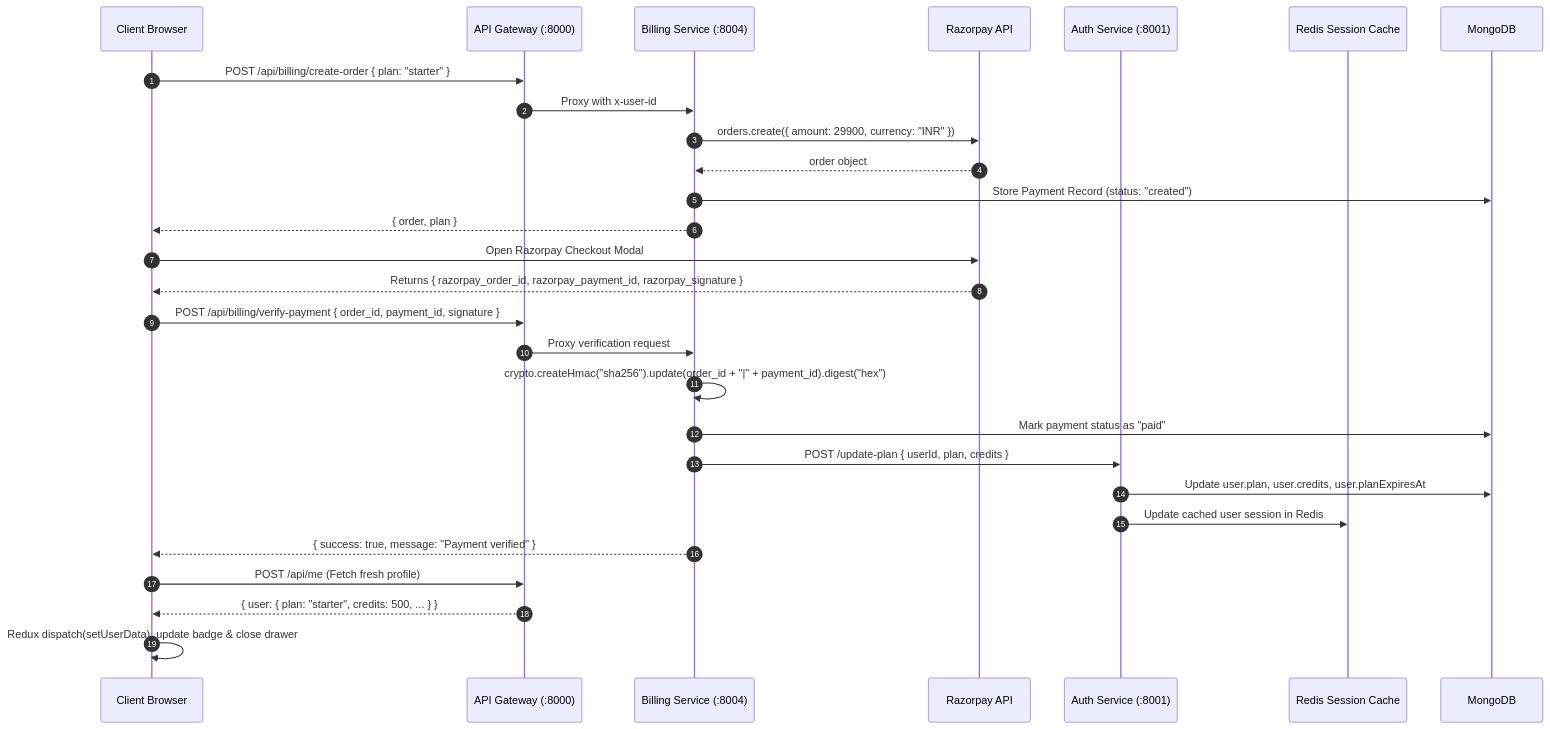
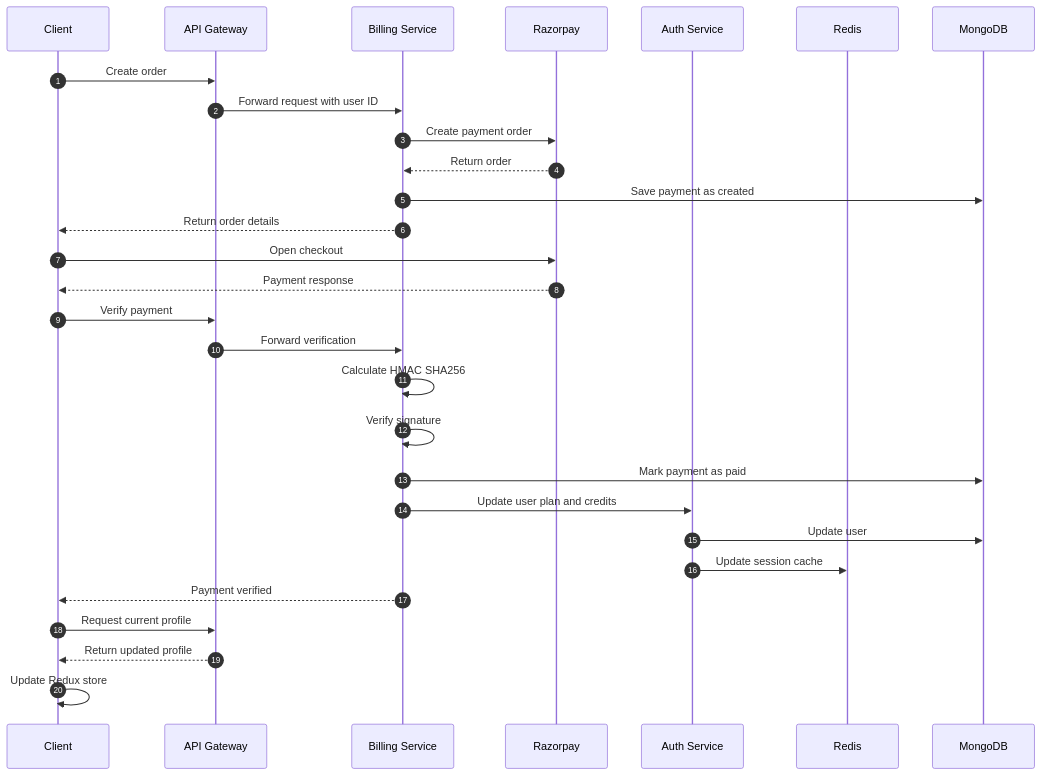
One commit to gauravgautam2003/alpha-AI changed the seventh of 11 diagrams in SYSTEM_DESIGN.md. Above: the diagram before and after it, drawn with Mermaid. The commit also changed other lines of this file and 2 other files, not shown here.

````diff
--- a/SYSTEM_DESIGN.md
+++ b/SYSTEM_DESIGN.md
@@ -216,34 +399,53 @@
 ```mermaid
 sequenceDiagram
+
     autonumber
-    participant User as Client Browser
-    participant Gateway as API Gateway (:8000)
-    participant Billing as Billing Service (:8004)
-    participant Razorpay as Razorpay API
-    participant Auth as Auth Service (:8001)
-    participant Redis as Redis Session Cache
+
+    participant User as Client
+    participant Gateway as API Gateway
+    participant Billing as Billing Service
+    participant Razorpay as Razorpay
+    participant Auth as Auth Service
+    participant Redis as Redis
     participant Mongo as MongoDB
 
-    User->>Gateway: POST /api/billing/create-order { plan: "starter" }
-    Gateway->>Billing: Proxy with x-user-id
-    Billing->>Razorpay: orders.create({ amount: 29900, currency: "INR" })
-    Razorpay-->>Billing: order object
-    Billing->>Mongo: Store Payment Record (status: "created")
-    Billing-->>User: { order, plan }
+    User->>Gateway: Create order
 
-    User->>Razorpay: Open Razorpay Checkout Modal
-    Razorpay-->>User: Returns { razorpay_order_id, razorpay_payment_id, razorpay_signature }
+    Gateway->>Billing: Forward request with user ID
 
-    User->>Gateway: POST /api/billing/verify-payment { order_id, payment_id, signature }
-    Gateway->>Billing: Proxy verification request
-    Billing->>Billing: crypto.createHmac("sha256").update(order_id + "|" + payment_id).digest("hex")
-    Billing->>Mongo: Mark payment status as "paid"
-    Billing->>Auth: POST /update-plan { userId, plan, credits }
-    Auth->>Mongo: Update user.plan, user.credits, user.planExpiresAt
-    Auth->>Redis: Update cached user session in Redis
-    Billing-->>User: { success: true, message: "Payment verified" }
+    Billing->>Razorpay: Create payment order
 
-    User->>Gateway: POST /api/me (Fetch fresh profile)
-    Gateway-->>User: { user: { plan: "starter", credits: 500, ... } }
-    User->>User: Redux dispatch(setUserData), update badge & close drawer
+    Razorpay-->>Billing: Return order
+
+    Billing->>Mongo: Save payment as created
+
+    Billing-->>User: Return order details
+
+    User->>Razorpay: Open checkout
+
+    Razorpay-->>User: Payment response
+
+    User->>Gateway: Verify payment
+
+    Gateway->>Billing: Forward verification
+
+    Billing->>Billing: Calculate HMAC SHA256
+
+    Billing->>Billing: Verify signature
+
+    Billing->>Mongo: Mark payment as paid
+
+    Billing->>Auth: Update user plan and credits
+
+    Auth->>Mongo: Update user
+
+    Auth->>Redis: Update session cache
+
+    Billing-->>User: Payment verified
+
+    User->>Gateway: Request current profile
+
+    Gateway-->>User: Return updated profile
+
+    User->>User: Update Redux store
 ```
````
